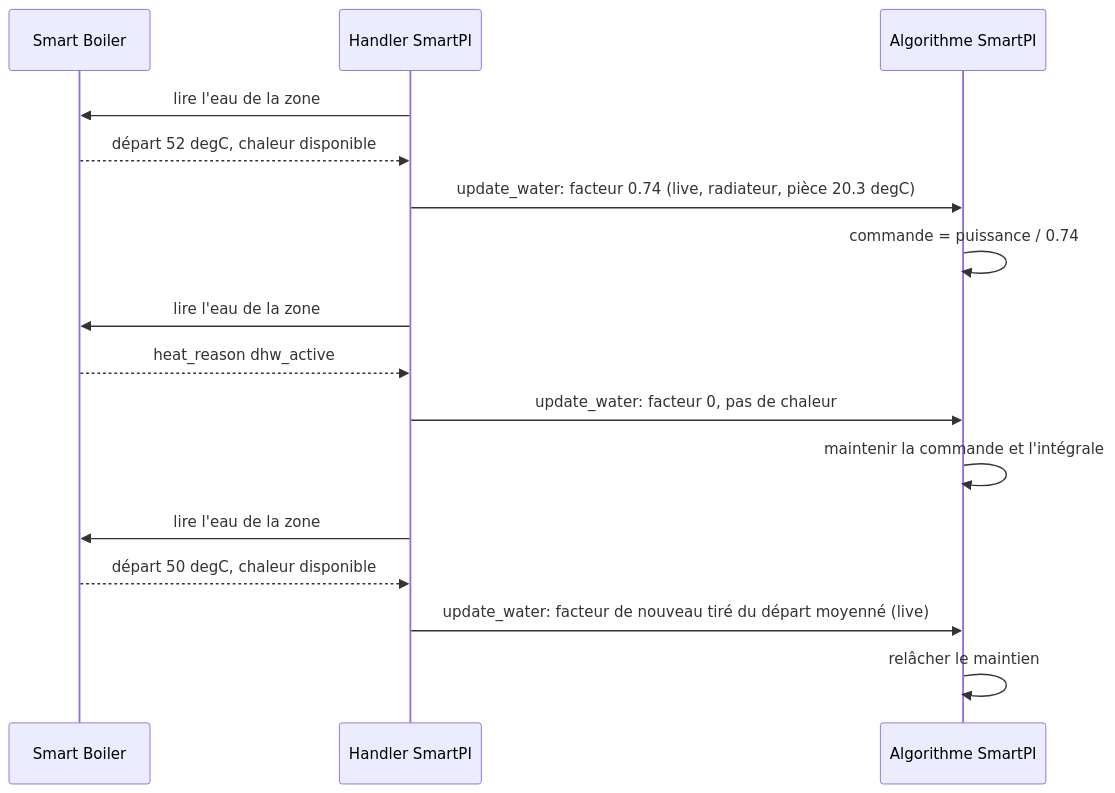
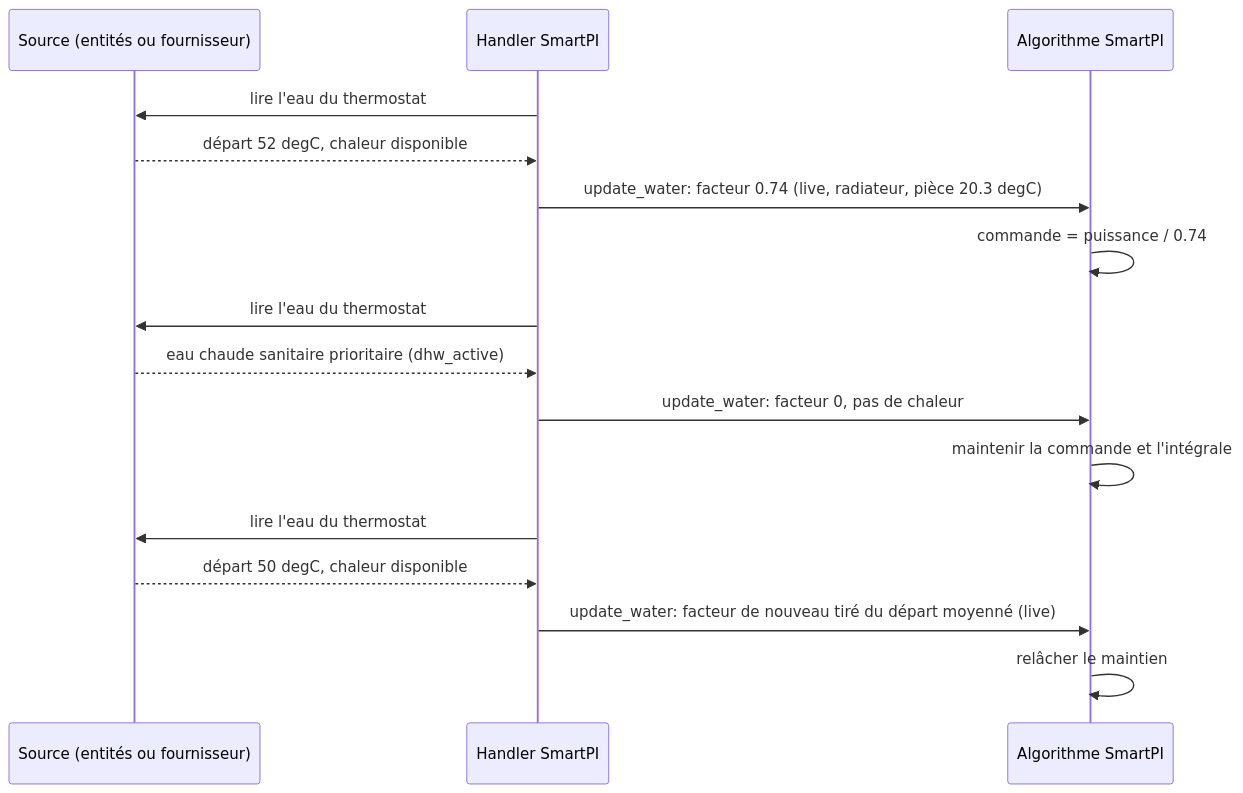
One commit to Shadow-230/vtherm_smartpi changed the third of 6 diagrams in documentation/fr/water_input.md. Above: the diagram before and after it, drawn with Mermaid. The commit also changed other lines of this file and 85 other files, not shown here.

````diff
--- a/documentation/fr/water_input.md
+++ b/documentation/fr/water_input.md
@@ -261,18 +362,18 @@
 ```mermaid
 sequenceDiagram
-    participant SB as Smart Boiler
+    participant S as Source (entités ou fournisseur)
     participant H as Handler SmartPI
     participant A as Algorithme SmartPI
-    H->>SB: lire l'eau de la zone
-    SB-->>H: départ 52 degC, chaleur disponible
+    H->>S: lire l'eau du thermostat
+    S-->>H: départ 52 degC, chaleur disponible
     H->>A: update_water: facteur 0.74 (live, radiateur, pièce 20.3 degC)
     A->>A: commande = puissance / 0.74
-    H->>SB: lire l'eau de la zone
-    SB-->>H: heat_reason dhw_active
+    H->>S: lire l'eau du thermostat
+    S-->>H: eau chaude sanitaire prioritaire (dhw_active)
     H->>A: update_water: facteur 0, pas de chaleur
     A->>A: maintenir la commande et l'intégrale
-    H->>SB: lire l'eau de la zone
-    SB-->>H: départ 50 degC, chaleur disponible
+    H->>S: lire l'eau du thermostat
+    S-->>H: départ 50 degC, chaleur disponible
     H->>A: update_water: facteur de nouveau tiré du départ moyenné (live)
     A->>A: relâcher le maintien
 ```
````
